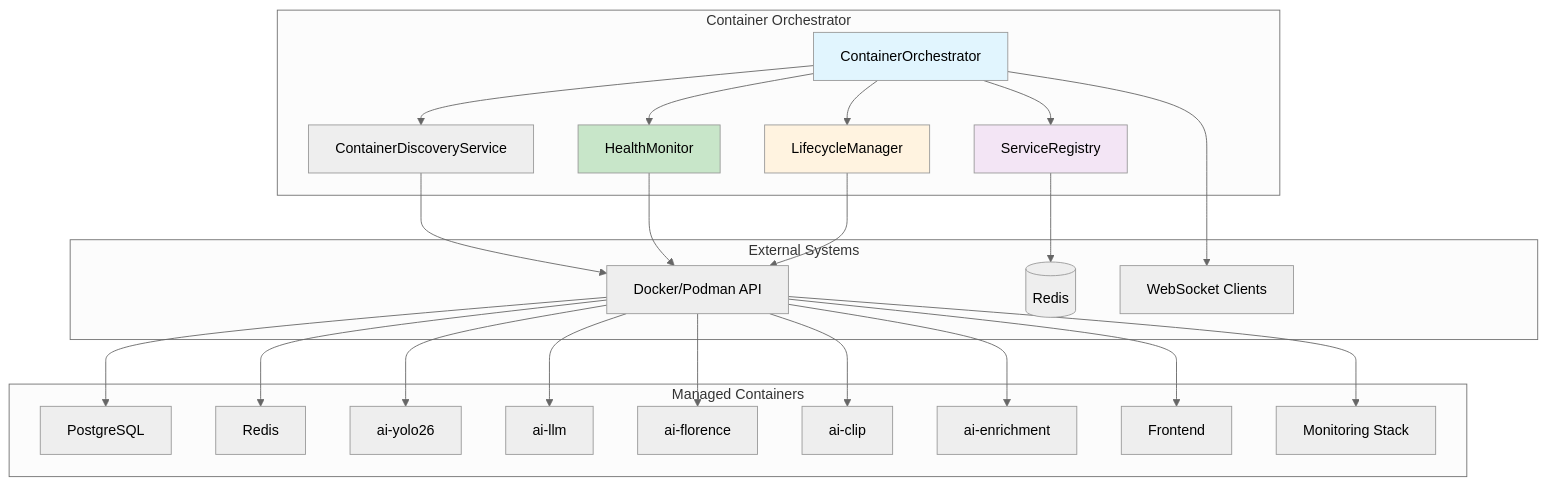
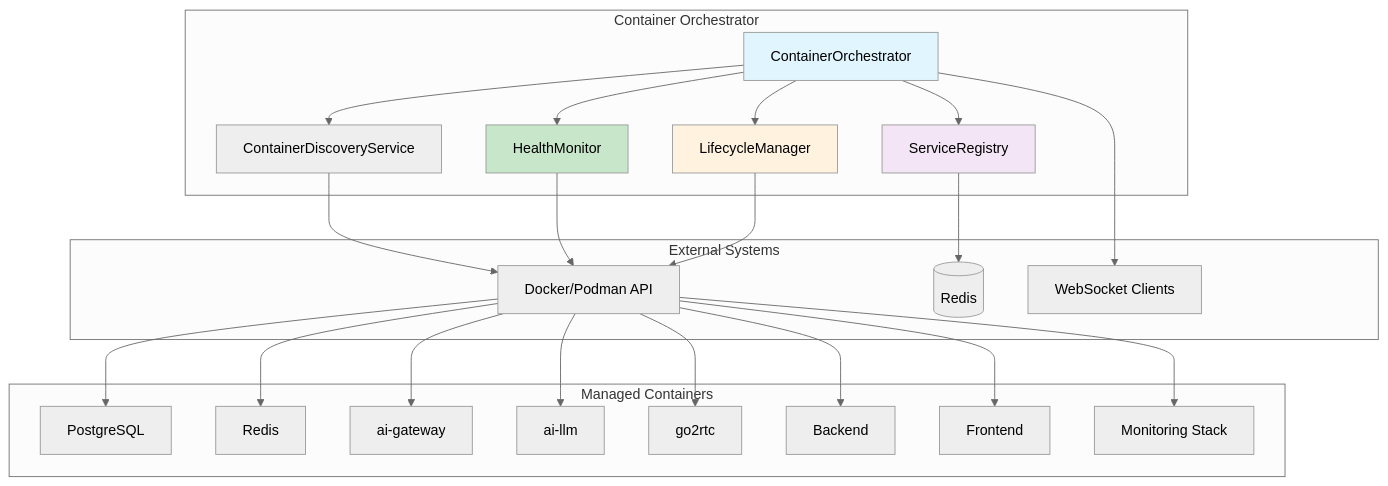
Before and after one commit to mikesvoboda/nemotron-v3-home-security-intelligence: the first of 4 diagrams in docs/deployment/container-orchestration.md, drawn with Mermaid (neutral theme). The commit also changed other lines of this file and 313 other files, not shown here.

````diff
--- a/docs/deployment/container-orchestration.md
+++ b/docs/deployment/container-orchestration.md
@@ -53,55 +53,53 @@
 ```mermaid
 flowchart TB
     subgraph Orchestrator["Container Orchestrator"]
         CO[ContainerOrchestrator]
         DS[ContainerDiscoveryService]
         HM[HealthMonitor]
         LM[LifecycleManager]
         SR[ServiceRegistry]
     end
 
     subgraph External["External Systems"]
         DC[Docker/Podman API]
         RD[(Redis)]
         WS[WebSocket Clients]
     end
 
     subgraph Containers["Managed Containers"]
         PG[PostgreSQL]
         RS[Redis]
-        AI1[ai-yolo26]
+        AI1[ai-gateway]
         AI2[ai-llm]
-        AI3[ai-florence]
-        AI4[ai-clip]
-        AI5[ai-enrichment]
+        G2[go2rtc]
+        BE[Backend]
         FE[Frontend]
         MON[Monitoring Stack]
     end
 
     CO --> DS
     CO --> HM
     CO --> LM
     CO --> SR
 
     DS --> DC
     HM --> DC
     LM --> DC
     SR --> RD
 
     CO --> WS
 
     DC --> PG
     DC --> RS
     DC --> AI1
     DC --> AI2
-    DC --> AI3
-    DC --> AI4
-    DC --> AI5
+    DC --> G2
+    DC --> BE
     DC --> FE
     DC --> MON
 
     style CO fill:#e1f5fe
     style HM fill:#c8e6c9
     style LM fill:#fff3e0
     style SR fill:#f3e5f5
 ```
````
